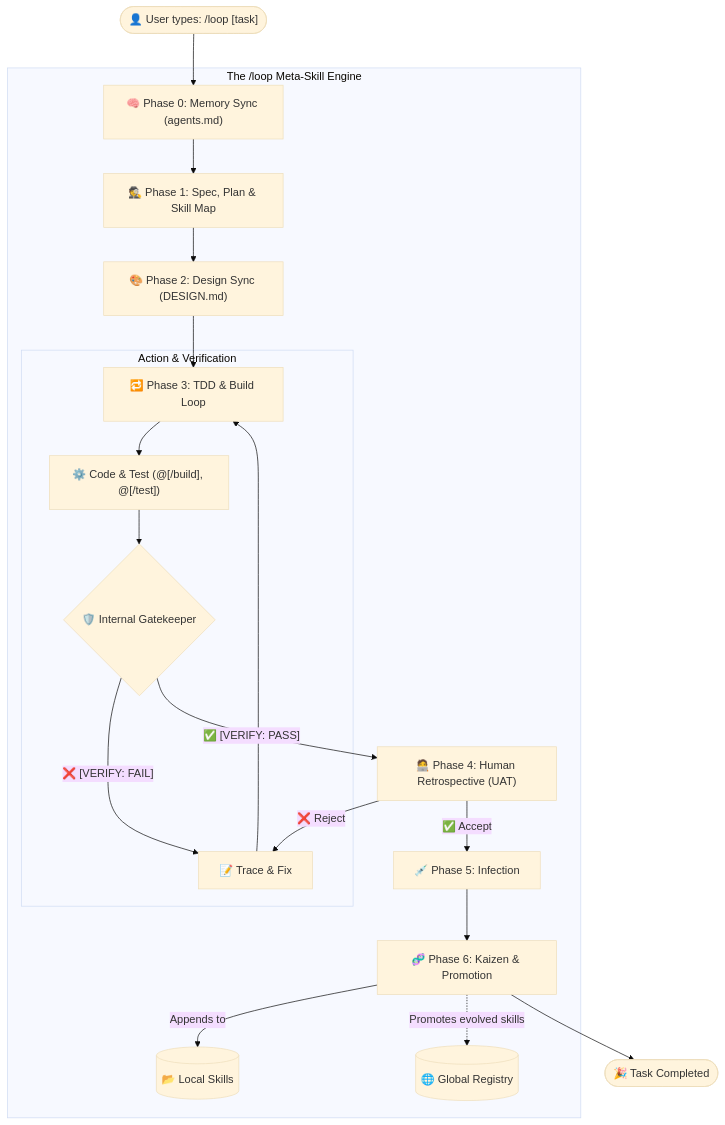
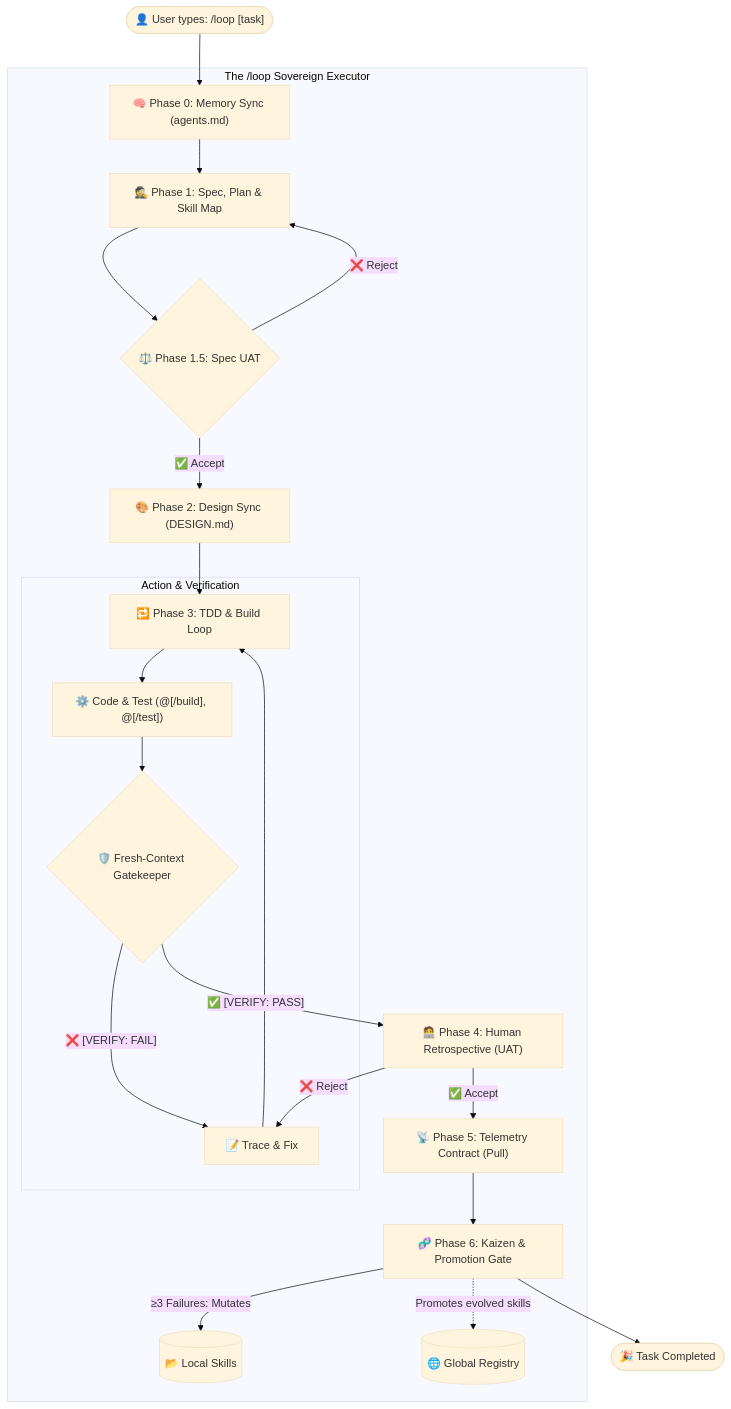
One commit to alimzhankhalelov/awesome-evolving-skills changed the diagram in README.md. Above: the diagram before and after it, drawn with Mermaid (base theme). The commit also changed other lines of this file and 1 other file, not shown here.

Commit message:
feat(loop): refactor into Sovereign Executor with Spec UAT and Pull-based Telemetry

````diff
--- a/README.md
+++ b/README.md
@@ -102,26 +103,30 @@
 ```mermaid
 graph TD
     User(["👤 User types: /loop [task]"]) --> P0
     
-    subgraph Engine [The /loop Meta-Skill Engine]
+    subgraph Engine [The /loop Sovereign Executor]
         P0["🧠 Phase 0: Memory Sync (agents.md)"] --> P1
-        P1["🕵️ Phase 1: Spec, Plan & Skill Map"] --> P2
+        P1["🕵️ Phase 1: Spec, Plan & Skill Map"] --> P1_5
+        P1_5{"⚖️ Phase 1.5: Spec UAT"}
+        P1_5 -- "❌ Reject" --> P1
+        P1_5 -- "✅ Accept" --> P2
+        
         P2["🎨 Phase 2: Design Sync (DESIGN.md)"] --> P3["🔁 Phase 3: TDD & Build Loop"]
         
         subgraph ExecLoop [Action & Verification]
             P3 --> Act["⚙️ Code & Test (@[/build], @[/test])"]
-            Act --> Gatekeeper{"🛡️ Internal Gatekeeper"}
+            Act --> Gatekeeper{"🛡️ Fresh-Context Gatekeeper"}
             Gatekeeper -- "❌ [VERIFY: FAIL]" --> Trace["📝 Trace & Fix"]
             Trace --> P3
         end
         
         Gatekeeper -- "✅ [VERIFY: PASS]" --> P4["🧑‍💻 Phase 4: Human Retrospective (UAT)"]
         P4 -- "❌ Reject" --> Trace
-        P4 -- "✅ Accept" --> P5["💉 Phase 5: Infection"]
-        P5 --> P6["🧬 Phase 6: Kaizen & Promotion"]
-        P6 -- "Appends to <lessons_learned>" --> Skills[("📂 Local Skills")]
+        P4 -- "✅ Accept" --> P5["📡 Phase 5: Telemetry Contract (Pull)"]
+        P5 --> P6["🧬 Phase 6: Kaizen & Promotion Gate"]
+        P6 -- "≥3 Failures: Mutates" --> Skills[("📂 Local Skills")]
         P6 -. "Promotes evolved skills" .-> Global[("🌐 Global Registry")]
     end
     
     P6 --> Done(["🎉 Task Completed"])
 ```
````
